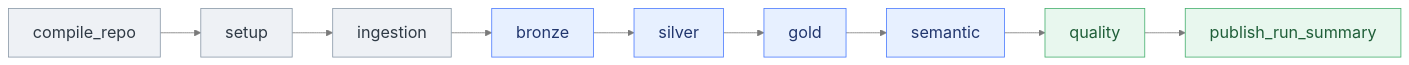
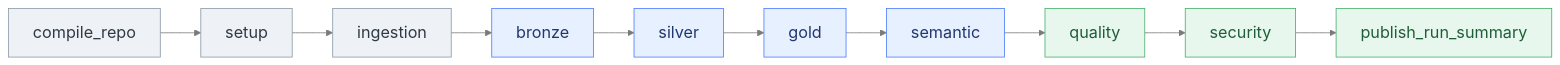
The diagram in docs/slides/assets/dag-stages.mmd (johanesalxd/airport-ops-lakehouse-demo), drawn with Mermaid before and after one commit. The commit also changed 4 other files, not shown here.

```diff
--- a/docs/slides/assets/dag-stages.mmd
+++ b/docs/slides/assets/dag-stages.mmd
@@ -1,10 +1,10 @@
 %%{init: {"theme":"base","themeVariables":{"fontSize":"20px","fontFamily":"Helvetica,Arial,sans-serif","lineColor":"#7a7a7a"}}}%%
 flowchart LR
-  C["compile_repo"] --> SU["setup"] --> IN["ingestion"] --> BR["bronze"] --> SI["silver"] --> GO["gold"] --> SE["semantic"] --> QA["quality"] --> PUB["publish_run_summary"]
+  C["compile_repo"] --> SU["setup"] --> IN["ingestion"] --> BR["bronze"] --> SI["silver"] --> GO["gold"] --> SE["semantic"] --> QA["quality"] --> SEC["security"] --> PUB["publish_run_summary"]
 
   classDef setup fill:#eef1f5,stroke:#8a99a8,color:#2f3a45;
   classDef med fill:#e7f0ff,stroke:#4d7cfe,color:#21366e;
   classDef gate fill:#e8f7ee,stroke:#46b06e,color:#1f5e38;
   class C,SU,IN setup;
   class BR,SI,GO,SE med;
-  class QA,PUB gate;
+  class QA,SEC,PUB gate;
```
